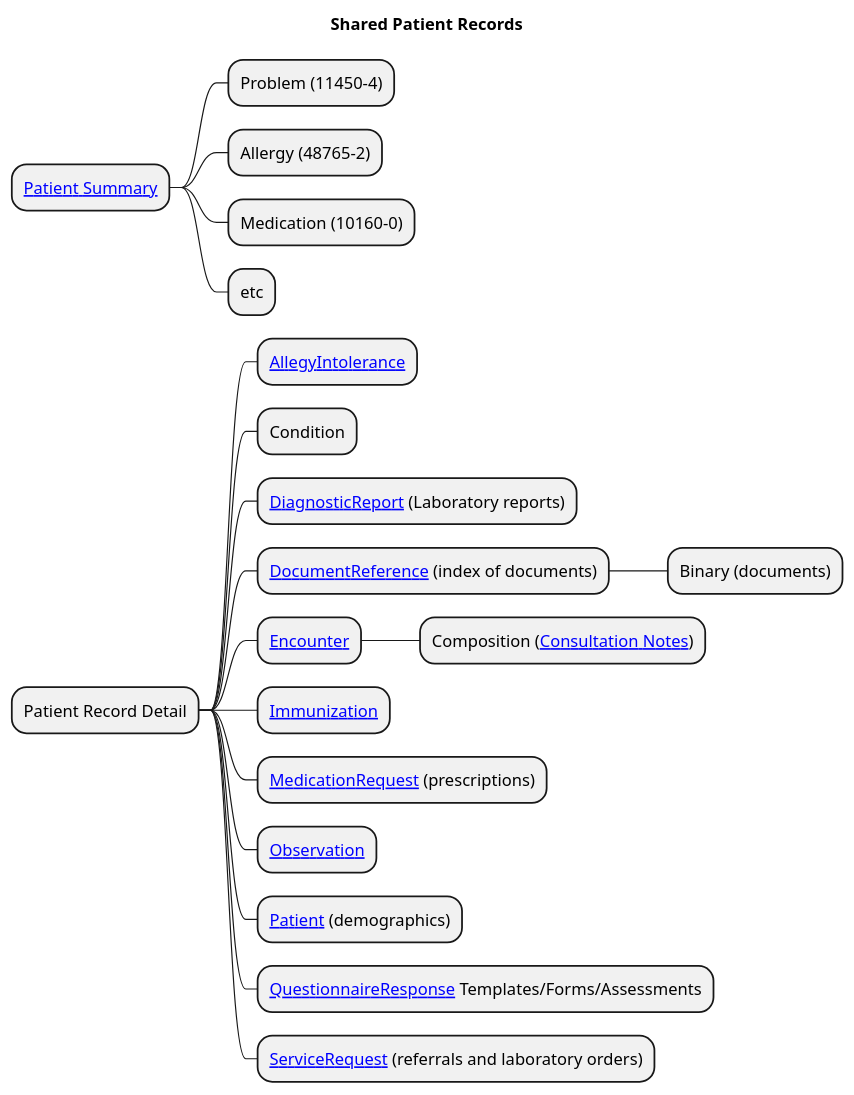
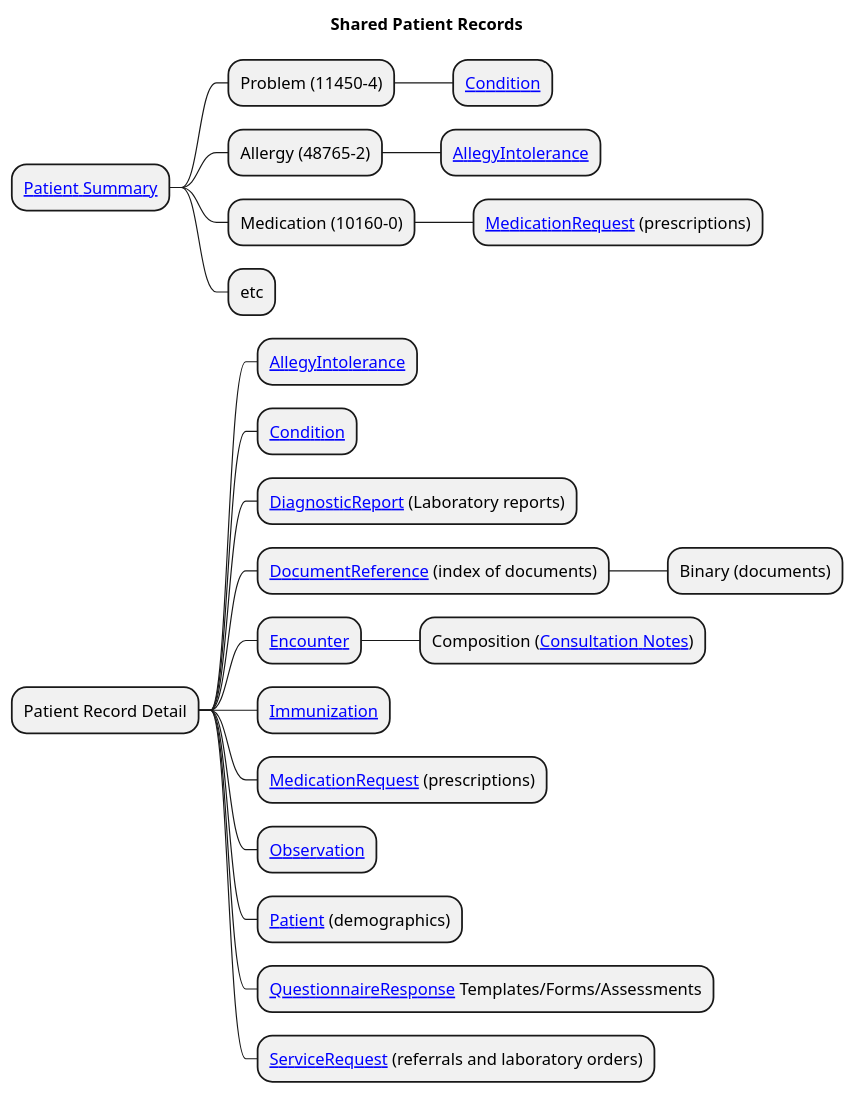
The diagram in input/images-source/shared-patient-records-mindmap.plantuml (Virtually-Healthcare/virtually-healthcare.github.com), drawn with PlantUML before and after one commit. The commit also changed 18 other files, not shown here.

```diff
--- a/input/images-source/shared-patient-records-mindmap.plantuml
+++ b/input/images-source/shared-patient-records-mindmap.plantuml
@@ -1,25 +1,28 @@
 @startmindmap
 
 title "Shared Patient Records"
 
 * [[StructureDefinition-PatientSummary.html Patient Summary]]
 ** Problem (11450-4)
+*** [[StructureDefinition-Condition.html Condition]]
 ** Allergy (48765-2)
+*** [[StructureDefinition-AllergyIntolerance.html AllegyIntolerance]]
 ** Medication (10160-0)
+*** [[StructureDefinition-MedicationRequest.html MedicationRequest]] (prescriptions)
 ** etc
 * Patient Record Detail
 ** [[StructureDefinition-AllergyIntolerance.html AllegyIntolerance]]
-** Condition
+** [[StructureDefinition-Condition.html Condition]]
 ** [[StructureDefinition-DiagnosticReport.html DiagnosticReport]] (Laboratory reports)
 ** [[StructureDefinition-DocumentReference.html DocumentReference]] (index of documents)
 *** Binary (documents)
 ** [[StructureDefinition-Encounter.html Encounter]]
 *** Composition ([[StructureDefinition-ConsulationNote.html Consultation Notes]])
 ** [[StructureDefinition-Immunization.html Immunization]]
 ** [[StructureDefinition-MedicationRequest.html MedicationRequest]] (prescriptions)
 ** [[StructureDefinition-Observation.html Observation]]
 ** [[StructureDefinition-Patient.html Patient]] (demographics)
 ** [[StructureDefinition-QuestionnaireResponse.html QuestionnaireResponse]] Templates/Forms/Assessments
 ** [[StructureDefinition-ServiceRequest.html ServiceRequest]] (referrals and laboratory orders)
 
 @endtmindmap
```
